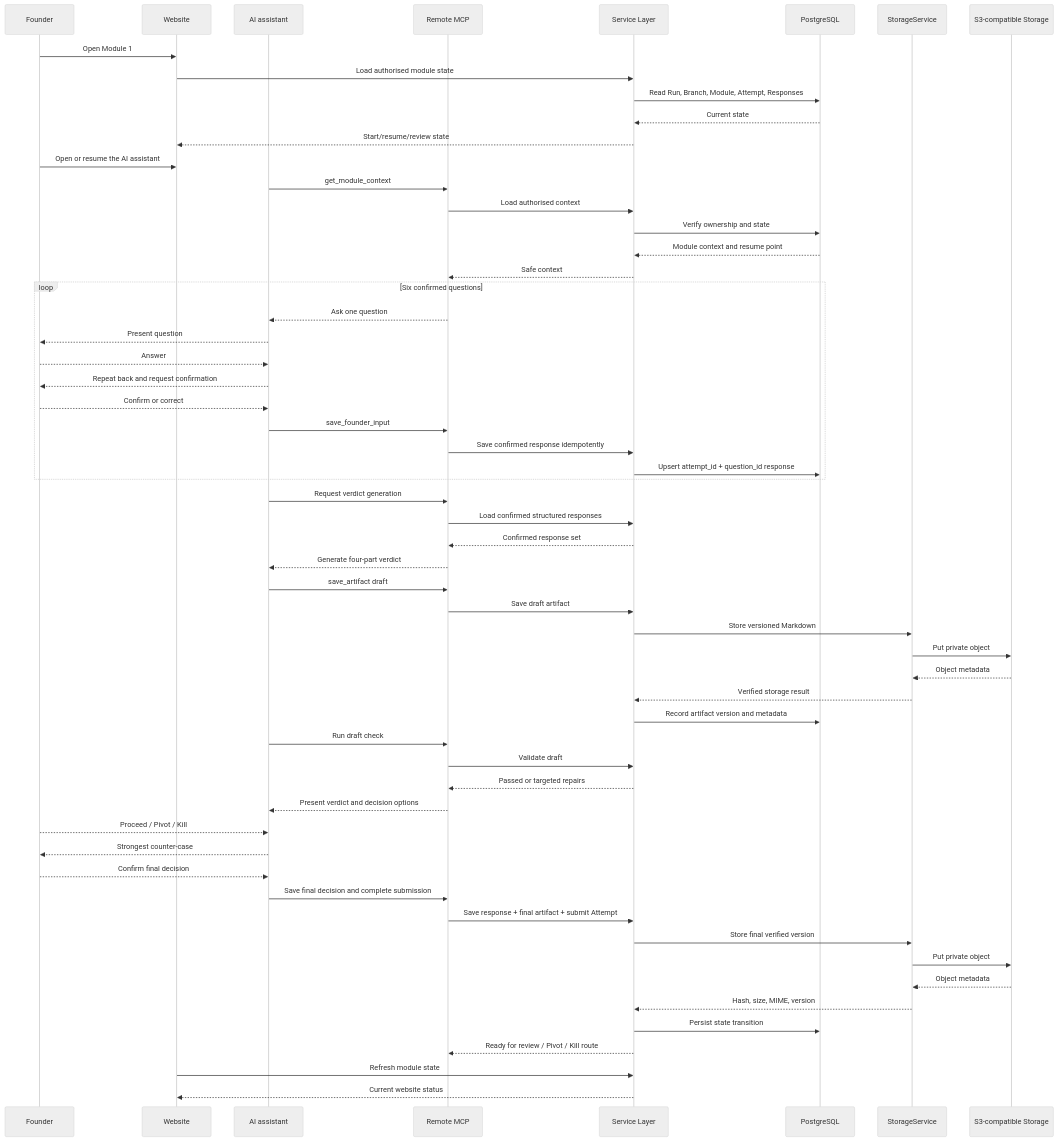
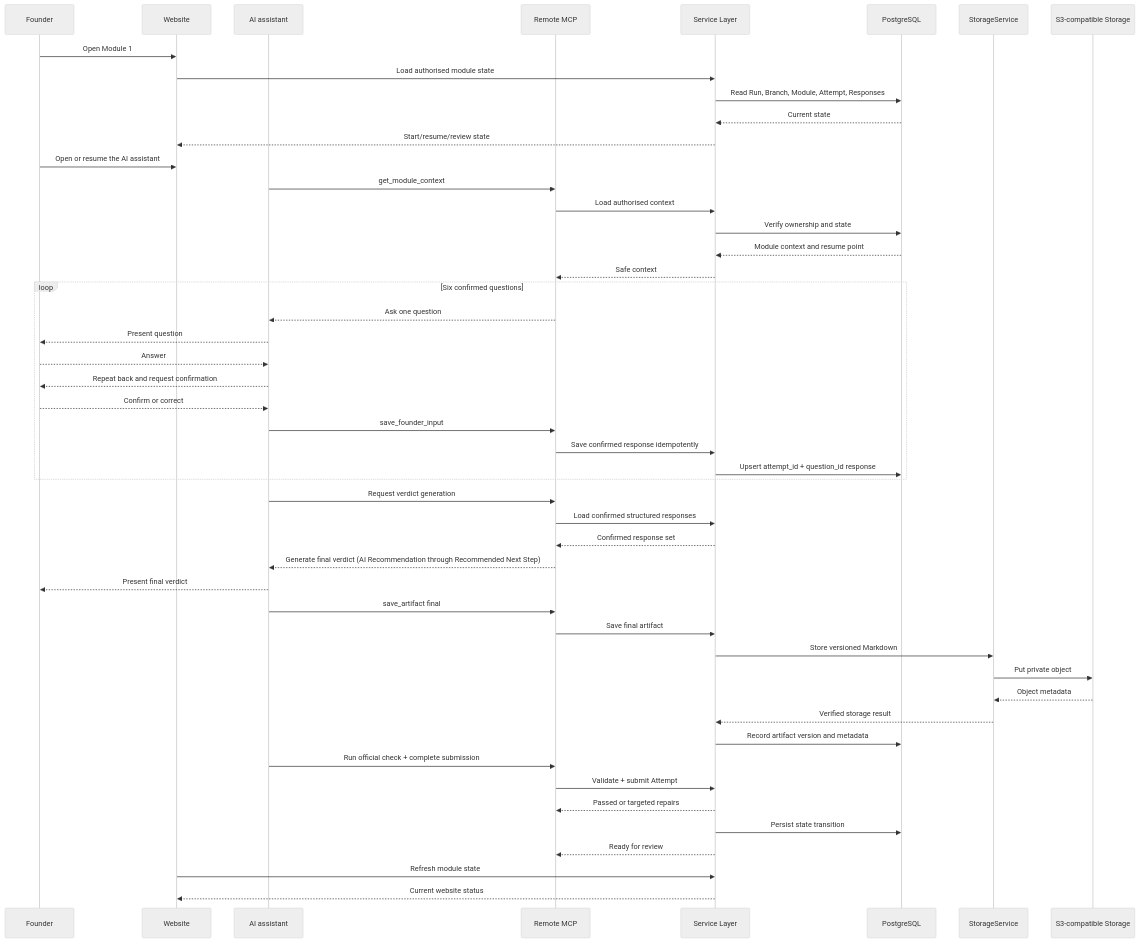
Before and after one commit to kasuganoharuga/ai-catalyst-workspace: the third of 3 diagrams in docs/product/module-0-and-module-1-workflow.md, drawn with Mermaid (neutral theme). The commit also changed other lines of this file and 19 other files, not shown here.

First line of the commit message:
feat(module1): drop Founder Proceed/Pivot/Kill decision step (#161)

````diff
--- a/docs/product/module-0-and-module-1-workflow.md
+++ b/docs/product/module-0-and-module-1-workflow.md
@@ -712,66 +686,57 @@
 ```mermaid
 sequenceDiagram
     participant F as Founder
     participant W as Website
     participant C as AI assistant
     participant M as Remote MCP
     participant S as Service Layer
     participant D as PostgreSQL
     participant O as StorageService
     participant B as S3-compatible Storage
 
     F->>W: Open Module 1
     W->>S: Load authorised module state
     S->>D: Read Run, Branch, Module, Attempt, Responses
     D-->>S: Current state
     S-->>W: Start/resume/review state
 
     F->>W: Open or resume the AI assistant
     C->>M: get_module_context
     M->>S: Load authorised context
     S->>D: Verify ownership and state
     D-->>S: Module context and resume point
     S-->>M: Safe context
 
     loop Six confirmed questions
         M-->>C: Ask one question
         C-->>F: Present question
         F-->>C: Answer
         C-->>F: Repeat back and request confirmation
         F-->>C: Confirm or correct
         C->>M: save_founder_input
         M->>S: Save confirmed response idempotently
         S->>D: Upsert attempt_id + question_id response
     end
 
     C->>M: Request verdict generation
     M->>S: Load confirmed structured responses
     S-->>M: Confirmed response set
-    M-->>C: Generate four-part verdict
-    C->>M: save_artifact draft
-    M->>S: Save draft artifact
+    M-->>C: Generate final verdict (AI Recommendation through Recommended Next Step)
+    C-->>F: Present final verdict
+
+    C->>M: save_artifact final
+    M->>S: Save final artifact
     S->>O: Store versioned Markdown
     O->>B: Put private object
     B-->>O: Object metadata
     O-->>S: Verified storage result
     S->>D: Record artifact version and metadata
 
-    C->>M: Run draft check
-    M->>S: Validate draft
+    C->>M: Run official check + complete submission
+    M->>S: Validate + submit Attempt
     S-->>M: Passed or targeted repairs
-    M-->>C: Present verdict and decision options
-    F-->>C: Proceed / Pivot / Kill
-    C-->>F: Strongest counter-case
-    F-->>C: Confirm final decision
-
-    C->>M: Save final decision and complete submission
-    M->>S: Save response + final artifact + submit Attempt
-    S->>O: Store final verified version
-    O->>B: Put private object
-    B-->>O: Object metadata
-    O-->>S: Hash, size, MIME, version
     S->>D: Persist state transition
-    S-->>M: Ready for review / Pivot / Kill route
+    S-->>M: Ready for review
     W->>S: Refresh module state
     S-->>W: Current website status
 ```
````
